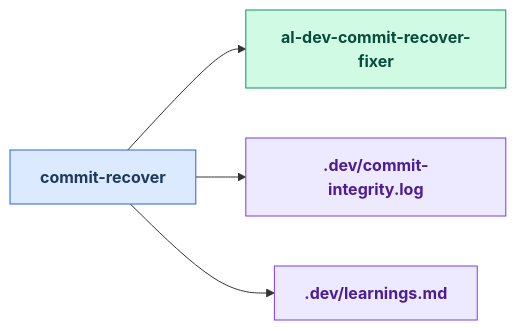
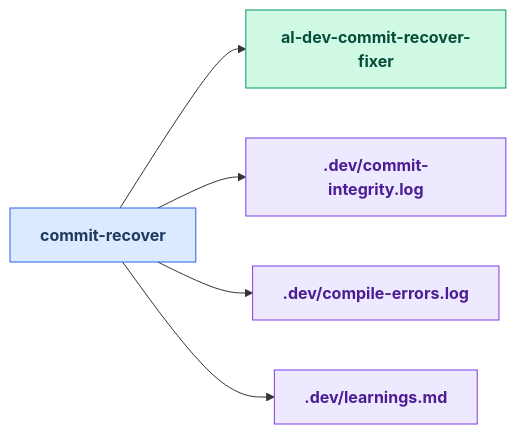
Diagram 21 of 24 in docs/al-dev-skills-map.md (russell-laing/al-dev-shared), drawn with Mermaid before and after one commit. The commit also changed other lines of this file and 16 other files, not shown here.

First line of the commit message:
refactor(agents)!: rename al-dev-commit-agent-analysis to al-dev-commit-analyzer

````diff
--- a/docs/al-dev-skills-map.md
+++ b/docs/al-dev-skills-map.md
@@ -986,22 +986,25 @@
 ```mermaid
 flowchart LR
     classDef skillNode fill:#dbeafe,stroke:#2563eb,color:#1e3a5f,font-weight:bold
     classDef agentNode fill:#d1fae5,stroke:#059669,color:#064e3b,font-weight:bold
     classDef knowledgeNode fill:#fef3c7,stroke:#d97706,color:#78350f,font-weight:bold
     classDef artifactNode fill:#ede9fe,stroke:#7c3aed,color:#4c1d95,font-weight:bold
     classDef phaseNode fill:#e0e7ff,stroke:#6366f1,color:#312e81,font-weight:bold
 
     skill_commit_recover[commit-recover]
     agent_al_dev_commit_recover_fixer[al-dev-commit-recover-fixer]
     artifact_commit_integrity_log[.dev/commit-integrity.log]
+    artifact_compile_errors_log[.dev/compile-errors.log]
     artifact_learnings_md[.dev/learnings.md]
 
     skill_commit_recover --> agent_al_dev_commit_recover_fixer
     skill_commit_recover --> artifact_commit_integrity_log
+    skill_commit_recover --> artifact_compile_errors_log
     skill_commit_recover --> artifact_learnings_md
 
     class skill_commit_recover skillNode
     class agent_al_dev_commit_recover_fixer agentNode
     class artifact_commit_integrity_log artifactNode
+    class artifact_compile_errors_log artifactNode
     class artifact_learnings_md artifactNode
 ```
````
